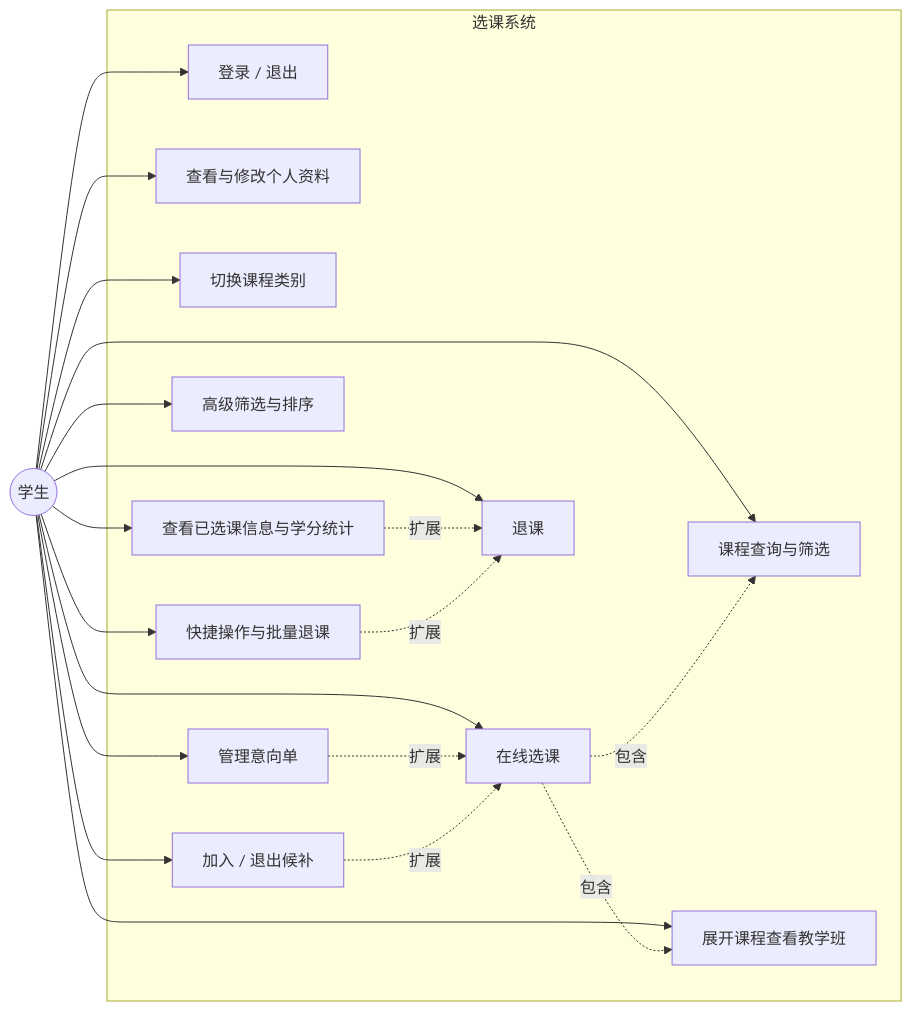
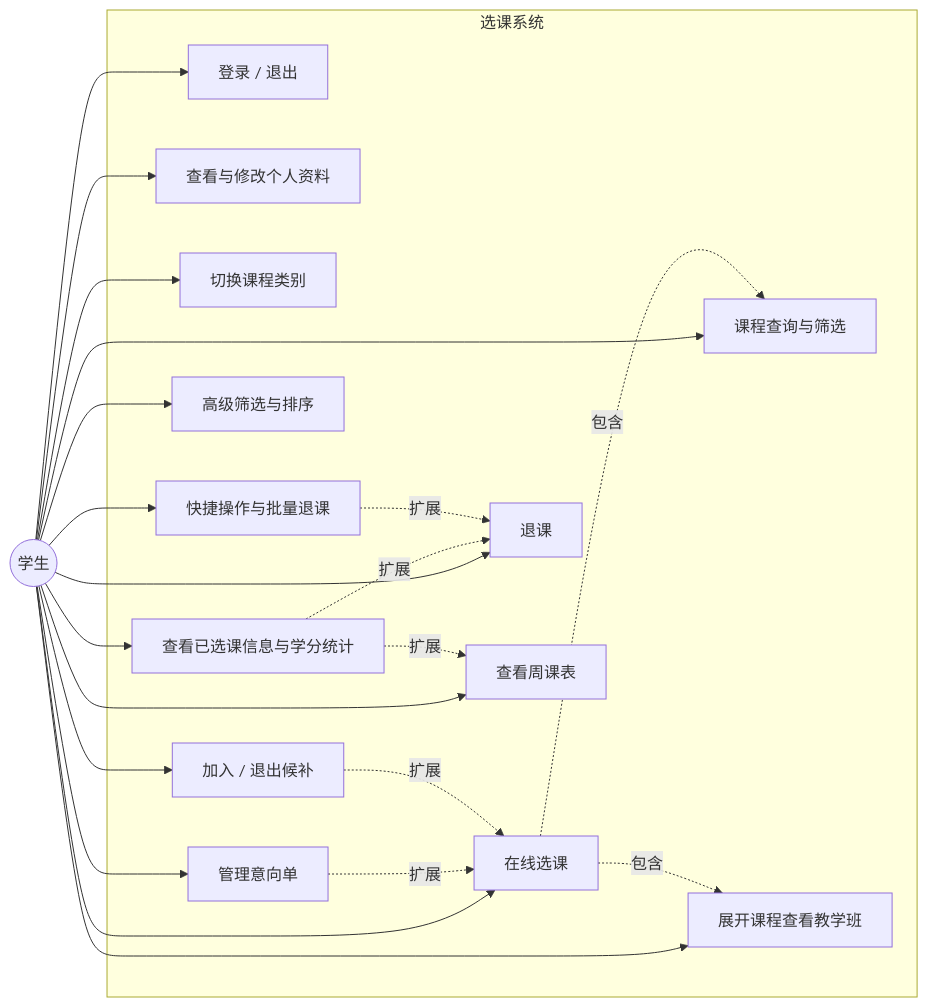
Before and after one commit to hixiaosun0921/web_course01: the first of 2 diagrams in 文档/需求分析文档.md, drawn with Mermaid. The commit also changed other lines of this file and 1 other file, not shown here.

````diff
--- a/文档/需求分析文档.md
+++ b/文档/需求分析文档.md
@@ -83,39 +85,42 @@
 ```mermaid
 flowchart LR
     student((学生))
 
     subgraph 选课系统
         uc1[登录 / 退出]
         uc2[查看与修改个人资料]
         uc3[课程查询与筛选]
         uc4[切换课程类别]
         uc5[展开课程查看教学班]
         uc6[在线选课]
         uc7[退课]
         uc8[查看已选课信息与学分统计]
         uc9[高级筛选与排序]
         uc10[快捷操作与批量退课]
         uc11[管理意向单]
         uc12[加入 / 退出候补]
+        uc13[查看周课表]
     end
 
     student --> uc1
     student --> uc2
     student --> uc3
     student --> uc4
     student --> uc5
     student --> uc6
     student --> uc7
     student --> uc8
     student --> uc9
     student --> uc10
     student --> uc11
     student --> uc12
+    student --> uc13
 
     uc6 -.包含.-> uc5
     uc6 -.包含.-> uc3
     uc8 -.扩展.-> uc7
     uc10 -.扩展.-> uc7
     uc11 -.扩展.-> uc6
     uc12 -.扩展.-> uc6
+    uc8 -.扩展.-> uc13
 ```
````
